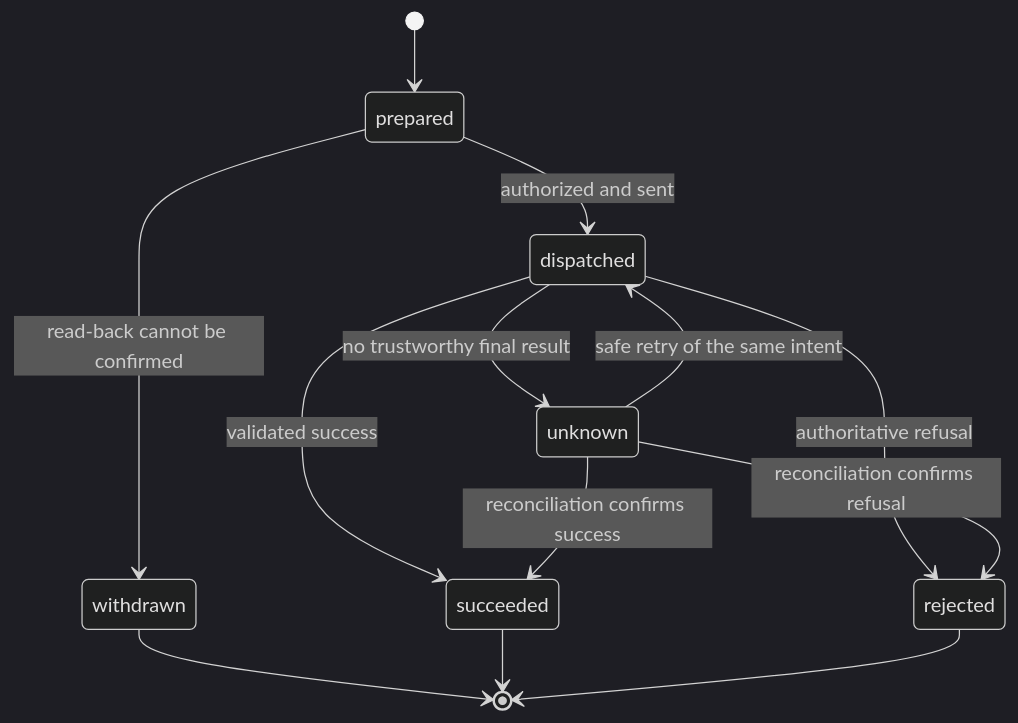
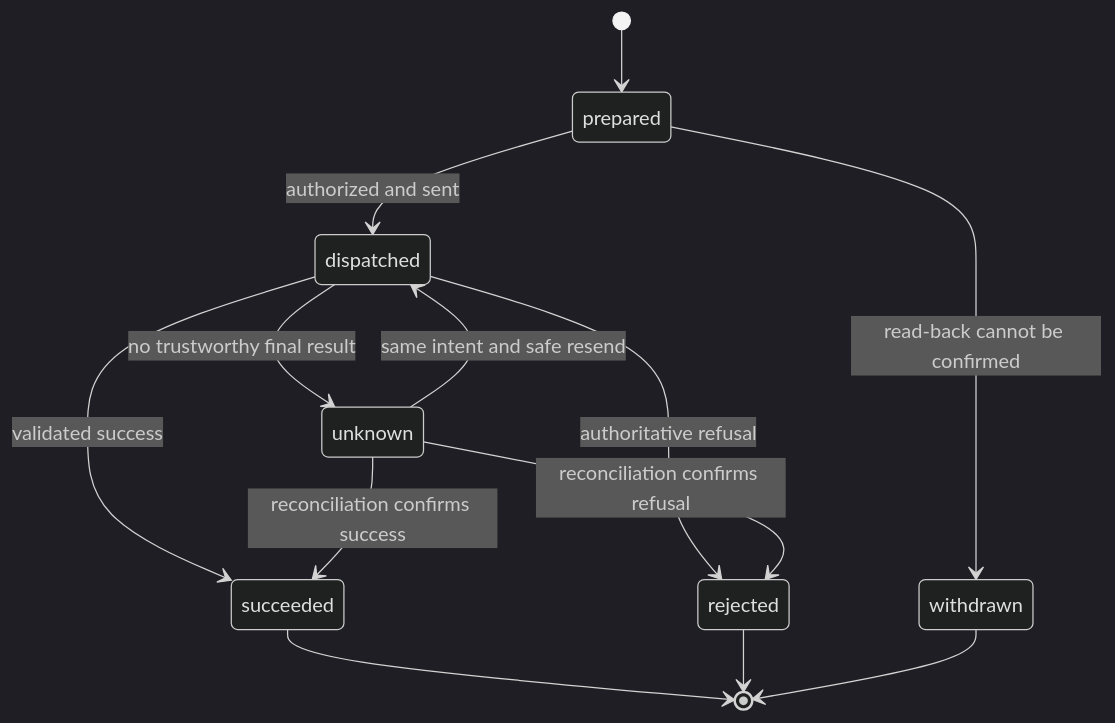
Before and after one commit to slng-ai/unmute-beat: the second of 2 diagrams in docs/architecture/05-tools-approval-and-recovery.md, drawn with Mermaid (dark theme). The commit also changed other lines of this file and 3 other files, not shown here.

Commit message:
docs: explain architecture through a shared generic walkthrough

````diff
--- a/docs/architecture/05-tools-approval-and-recovery.md
+++ b/docs/architecture/05-tools-approval-and-recovery.md
@@ -80,15 +221,15 @@
 ```mermaid
 stateDiagram-v2
     [*] --> prepared
+    prepared --> dispatched: authorized and sent
     prepared --> withdrawn: read-back cannot be confirmed
-    prepared --> dispatched: authorized and sent
     dispatched --> succeeded: validated success
     dispatched --> rejected: authoritative refusal
     dispatched --> unknown: no trustworthy final result
     unknown --> succeeded: reconciliation confirms success
     unknown --> rejected: reconciliation confirms refusal
-    unknown --> dispatched: safe retry of the same intent
-    withdrawn --> [*]
+    unknown --> dispatched: same intent and safe resend
     succeeded --> [*]
     rejected --> [*]
+    withdrawn --> [*]
 ```
````
